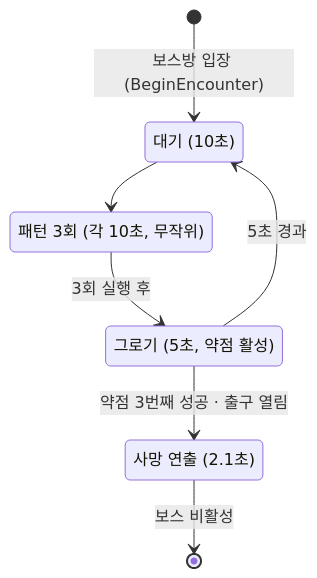
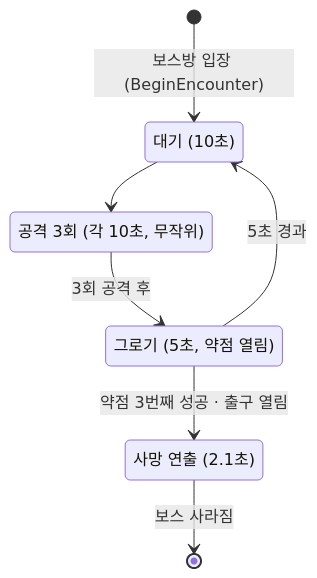
Before and after one commit to krKooHoo/portfolio-template: the seventh of 9 diagrams in src/Shifter/Shifter_기술문서.md, drawn with Mermaid. The commit also changed other lines of this file and 2 other files, not shown here.

````diff
--- a/src/Shifter/Shifter_기술문서.md
+++ b/src/Shifter/Shifter_기술문서.md
@@ -830,13 +839,13 @@
 ```mermaid
 stateDiagram-v2
     state "대기 (10초)" as Wait
-    state "패턴 3회 (각 10초, 무작위)" as Pattern
-    state "그로기 (5초, 약점 활성)" as Groggy
+    state "공격 3회 (각 10초, 무작위)" as Pattern
+    state "그로기 (5초, 약점 열림)" as Groggy
     state "사망 연출 (2.1초)" as Dead
     [*] --> Wait: 보스방 입장 (BeginEncounter)
     Wait --> Pattern
-    Pattern --> Groggy: 3회 실행 후
+    Pattern --> Groggy: 3회 공격 후
     Groggy --> Wait: 5초 경과
     Groggy --> Dead: 약점 3번째 성공 · 출구 열림
-    Dead --> [*]: 보스 비활성
+    Dead --> [*]: 보스 사라짐
 ```
````
